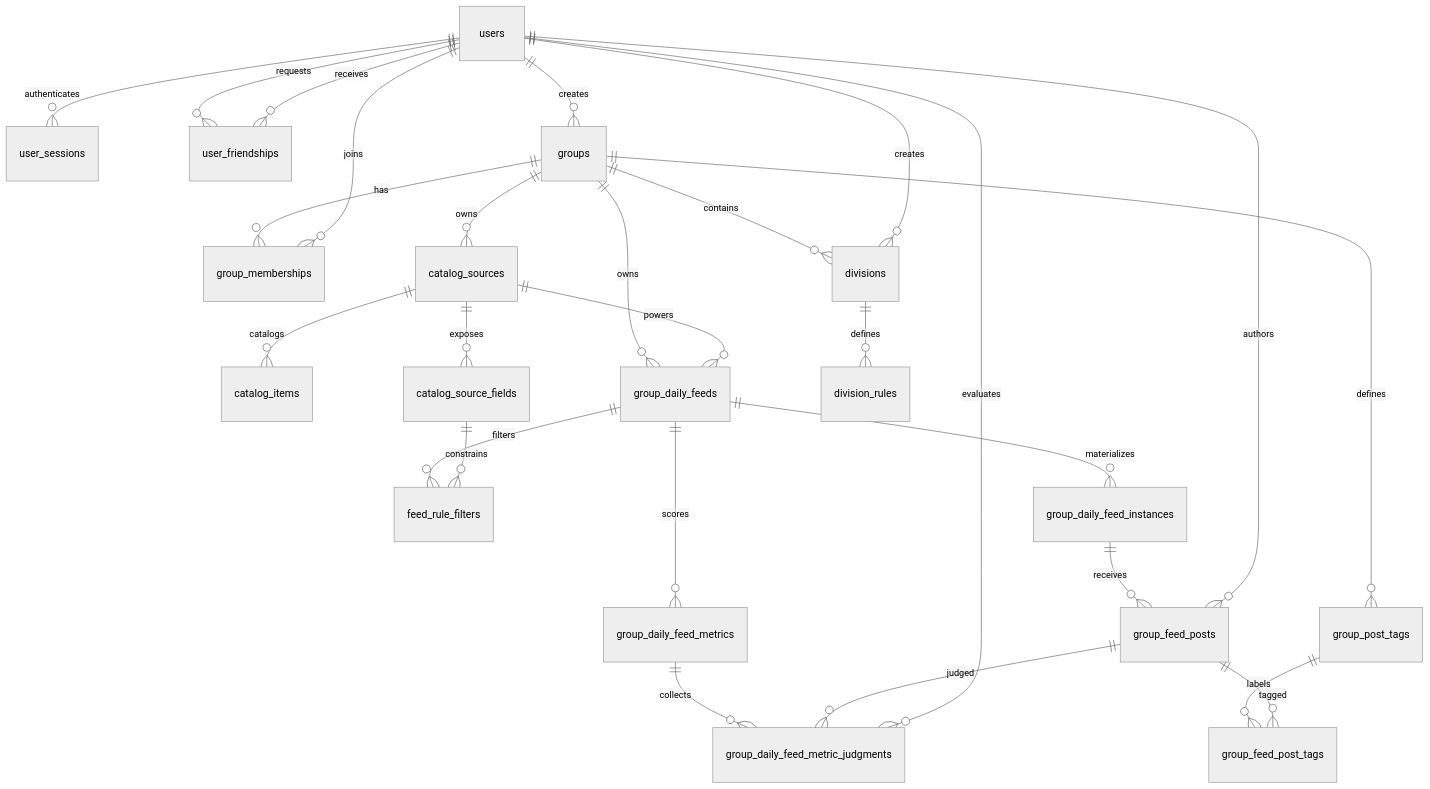
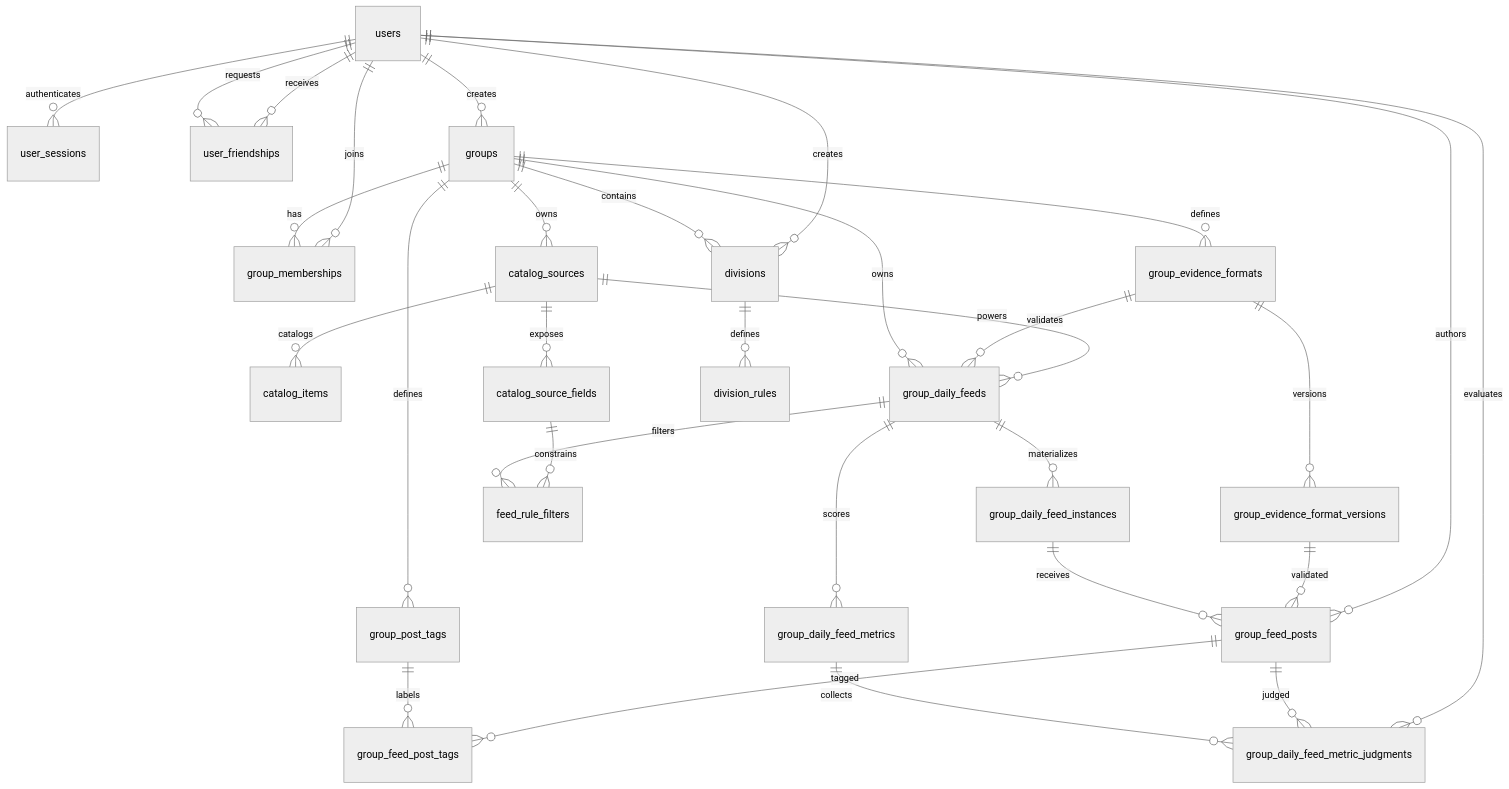
One commit to JTan2231/arcade changed the diagram in docs/data-model.md. Above: the diagram before and after it, drawn with Mermaid (neutral theme). The commit also changed other lines of this file and 29 other files, not shown here.

````diff
--- a/docs/data-model.md
+++ b/docs/data-model.md
@@ -22,34 +22,38 @@
 ```mermaid
 erDiagram
     users ||--o{ user_sessions : authenticates
     users ||--o{ user_friendships : requests
     users ||--o{ user_friendships : receives
 
     users ||--o{ groups : creates
     groups ||--o{ group_memberships : has
     users ||--o{ group_memberships : joins
 
     groups ||--o{ catalog_sources : owns
     catalog_sources ||--o{ catalog_items : catalogs
     catalog_sources ||--o{ catalog_source_fields : exposes
 
     groups ||--o{ group_daily_feeds : owns
+    groups ||--o{ group_evidence_formats : defines
+    group_evidence_formats ||--o{ group_evidence_format_versions : versions
+    group_evidence_formats ||--o{ group_daily_feeds : validates
     catalog_sources ||--o{ group_daily_feeds : powers
     group_daily_feeds ||--o{ feed_rule_filters : filters
     catalog_source_fields ||--o{ feed_rule_filters : constrains
 
     group_daily_feeds ||--o{ group_daily_feed_metrics : scores
     group_daily_feed_metrics ||--o{ group_daily_feed_metric_judgments : collects
     group_daily_feeds ||--o{ group_daily_feed_instances : materializes
     group_daily_feed_instances ||--o{ group_feed_posts : receives
+    group_evidence_format_versions ||--o{ group_feed_posts : validated
     users ||--o{ group_feed_posts : authors
     groups ||--o{ group_post_tags : defines
     group_post_tags ||--o{ group_feed_post_tags : labels
     group_feed_posts ||--o{ group_feed_post_tags : tagged
     group_feed_posts ||--o{ group_daily_feed_metric_judgments : judged
     users ||--o{ group_daily_feed_metric_judgments : evaluates
 
     groups ||--o{ divisions : contains
     users ||--o{ divisions : creates
     divisions ||--o{ division_rules : defines
 ```
````
